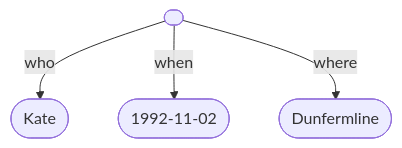
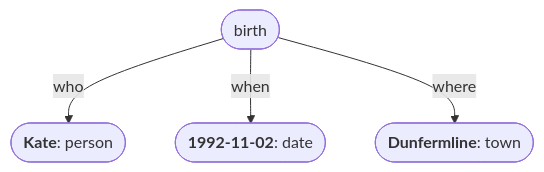
One commit to conmaol/maglocunus changed the first of 10 diagrams in d/data.md. Above: the diagram before and after it, drawn with Mermaid. The commit also changed other lines of this file, not shown here.

First line of the commit message:
Revise data representation in Mermaid diagrams

````diff
--- a/d/data.md
+++ b/d/data.md
@@ -11,10 +11,10 @@
 ```mermaid
 flowchart TD
-    a([ ])
-    b([Kate])
-    c([1992-11-02])
-    d([Dunfermline])
+    a([birth])
+    b(["`**Kate**: person`"])
+    c(["`**1992-11-02**: date`"])
+    d(["`**Dunfermline**: town`"])
     a -- who --> b
     a -- when --> c
     a -- where --> d
 ```
````
